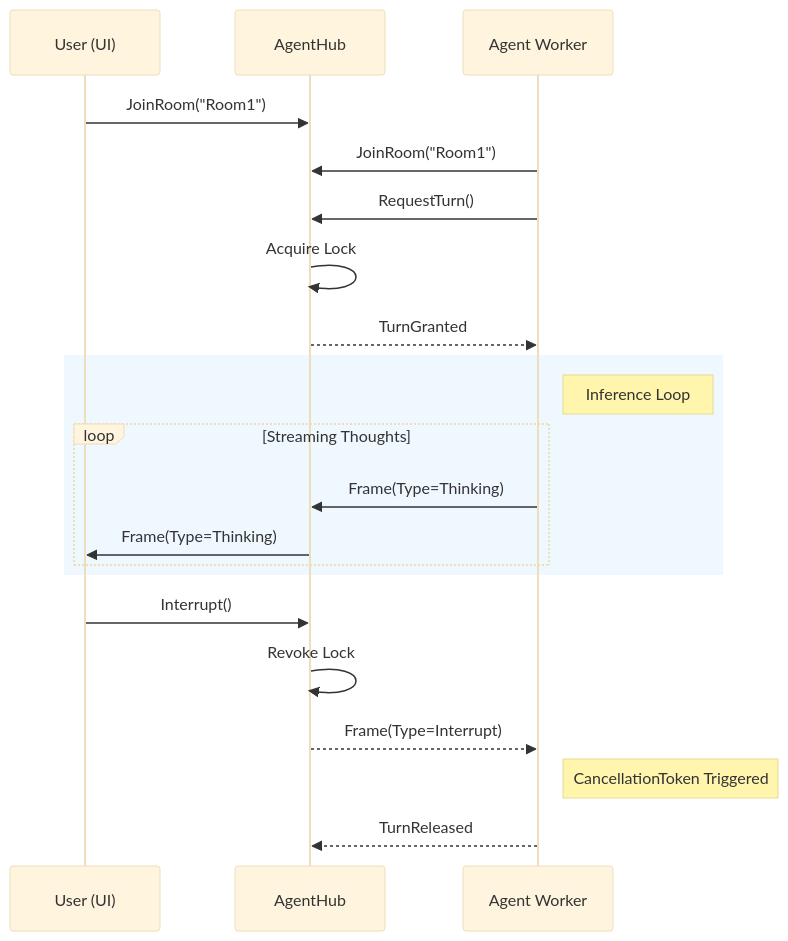
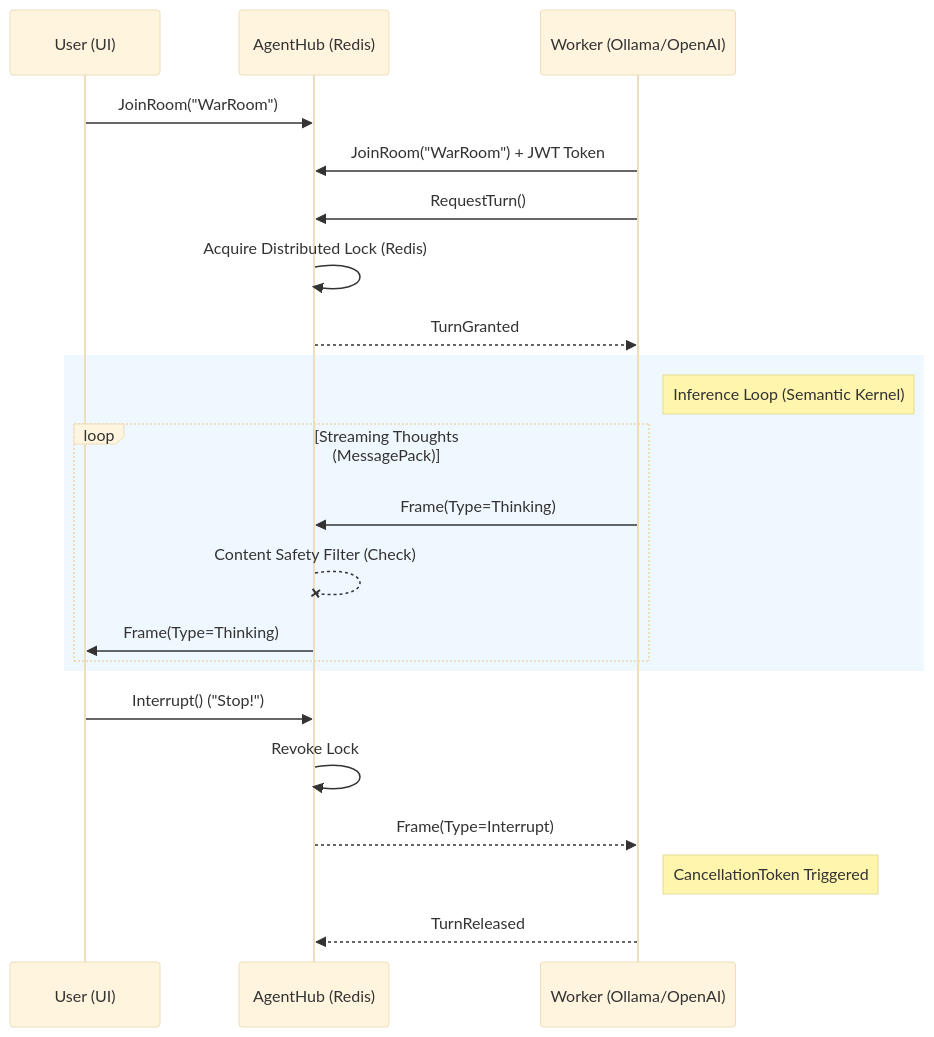
The diagram in README.md (Digvijay/AgentR), drawn with Mermaid (base theme) before and after one commit. The commit also changed other lines of this file and 43 other files, not shown here.

````diff
--- a/README.md
+++ b/README.md
@@ -32,29 +34,29 @@
 ```mermaid
 sequenceDiagram
     participant User as User (UI)
-    participant Hub as AgentHub
-    participant Agent as Agent Worker
+    participant Hub as AgentHub (Redis)
+    participant Agent as Worker (Ollama/OpenAI)
 
-    User->>Hub: JoinRoom("Room1")
-    Agent->>Hub: JoinRoom("Room1")
+    User->>Hub: JoinRoom("WarRoom")
+    Agent->>Hub: JoinRoom("WarRoom") + JWT Token
     
     Agent->>Hub: RequestTurn()
-    Hub->>Hub: Acquire Lock
+    Hub->>Hub: Acquire Distributed Lock (Redis)
     Hub-->>Agent: TurnGranted
     
     rect rgb(240, 248, 255)
-    note right of Agent: Inference Loop
-    loop Streaming Thoughts
+    note right of Agent: Inference Loop (Semantic Kernel)
+    loop Streaming Thoughts (MessagePack)
         Agent->>Hub: Frame(Type=Thinking)
+        Hub--xHub: Content Safety Filter (Check)
         Hub->>User: Frame(Type=Thinking)
     end
     end
 
-    User->>Hub: Interrupt()
+    User->>Hub: Interrupt() ("Stop!")
     Hub->>Hub: Revoke Lock
     Hub-->>Agent: Frame(Type=Interrupt)
     
     note right of Agent: CancellationToken Triggered
     Agent-->>Hub: TurnReleased
-
 ```
````
